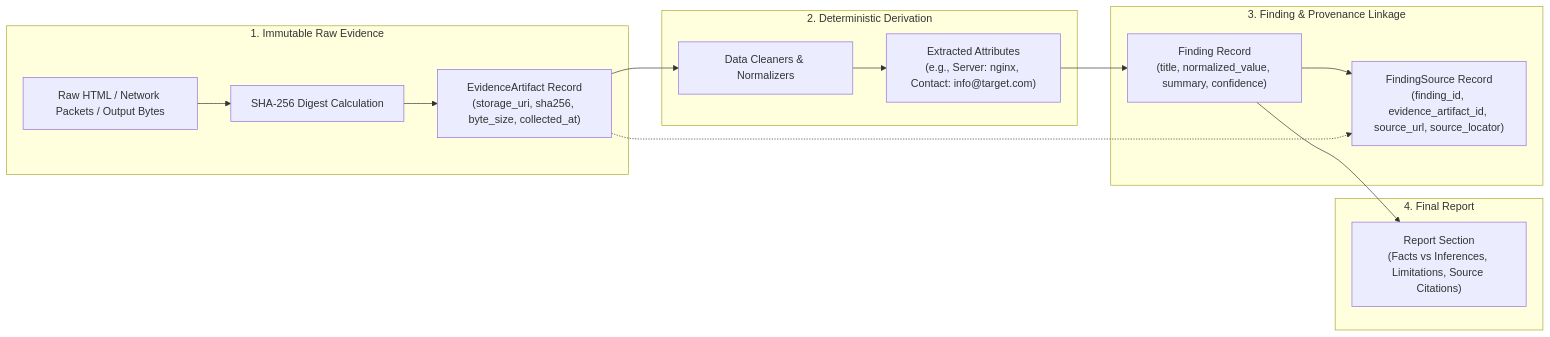
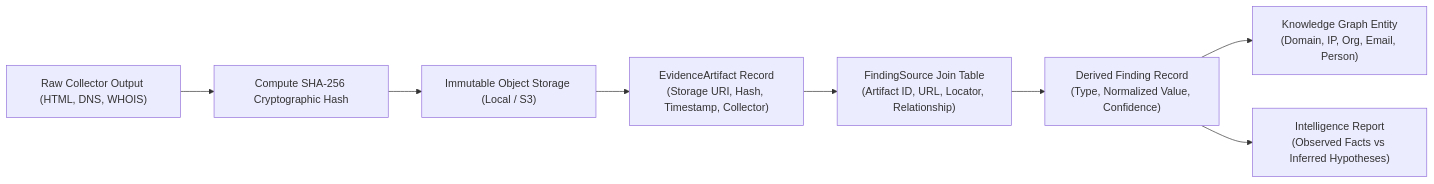
Before and after one commit to zapricaa/ZAPRICA-osint: the fourth of 7 diagrams in SYSTEM_ARCHITECTURE_FLOW.md, drawn with Mermaid. The commit also changed other lines of this file and 14 other files, not shown here.

````diff
--- a/SYSTEM_ARCHITECTURE_FLOW.md
+++ b/SYSTEM_ARCHITECTURE_FLOW.md
@@ -174,24 +190,12 @@
 ```mermaid
 flowchart LR
-    subgraph Raw ["1. Immutable Raw Evidence"]
-        RAW_BYTES["Raw HTML / Network Packets / Output Bytes"]
-        HASH["SHA-256 Digest Calculation"]
-        RAW_BYTES --> HASH
-        HASH --> ARTIFACT["EvidenceArtifact Record\n(storage_uri, sha256, byte_size, collected_at)"]
-    end
-
-    subgraph Derivation ["2. Deterministic Derivation"]
-        ARTIFACT --> PROCESSORS["Data Cleaners & Normalizers"]
-        PROCESSORS --> DERIVED["Extracted Attributes\n(e.g., Server: nginx, Contact: info@target.com)"]
-    end
-
-    subgraph Provenance ["3. Finding & Provenance Linkage"]
-        DERIVED --> FINDING["Finding Record\n(title, normalized_value, summary, confidence)"]
-        FINDING --> SOURCE_LINK["FindingSource Record\n(finding_id, evidence_artifact_id, source_url, source_locator)"]
-        ARTIFACT -.-> SOURCE_LINK
-    end
-
-    subgraph Synthesis ["4. Final Report"]
-        FINDING --> REPORT["Report Section\n(Facts vs Inferences, Limitations, Source Citations)"]
-    end
+    RAW["Raw Collector Output (HTML, DNS, WHOIS)"] --> HASH["Compute SHA-256 Cryptographic Hash"]
+    HASH --> STORE["Immutable Object Storage (Local / S3)"]
+    STORE --> ARTIFACT["EvidenceArtifact Record\n(Storage URI, Hash, Timestamp, Collector)"]
+    
+    ARTIFACT --> SOURCE["FindingSource Join Table\n(Artifact ID, URL, Locator, Relationship)"]
+    SOURCE --> FINDING["Derived Finding Record\n(Type, Normalized Value, Confidence)"]
+    
+    FINDING --> ENTITY["Knowledge Graph Entity\n(Domain, IP, Org, Email, Person)"]
+    FINDING --> REPORT["Intelligence Report\n(Observed Facts vs Inferred Hypotheses)"]
 ```
````
